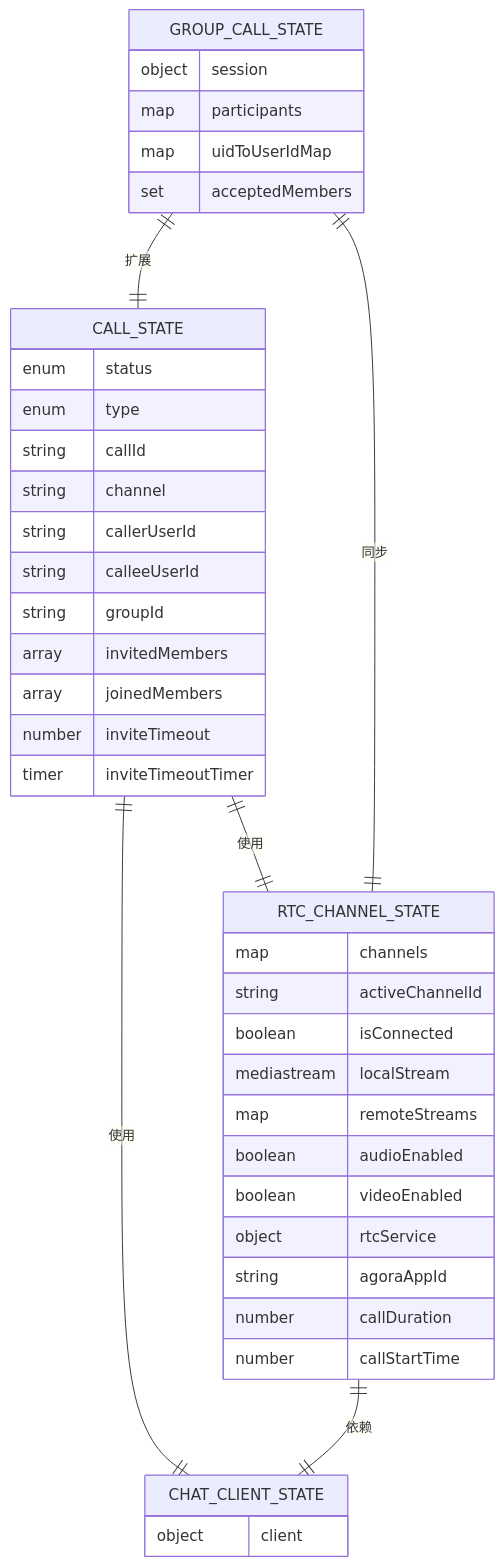
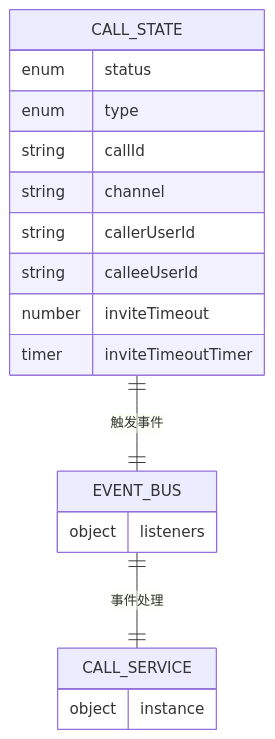
Before and after one commit to Easemob-Community/easemob-uikit-callkit-vue3: the eighth of 8 diagrams in .qoder/repowiki/zh/content/组合式 API/通话控制 API.md, drawn with Mermaid. The commit also changed other lines of this file and 40 other files, not shown here.

````diff
--- a/.qoder/repowiki/zh/content/组合式 API/通话控制 API.md
+++ b/.qoder/repowiki/zh/content/组合式 API/通话控制 API.md
@@ -715,43 +570,21 @@
 ```mermaid
 erDiagram
 CALL_STATE {
 enum status
 enum type
 string callId
 string channel
 string callerUserId
 string calleeUserId
-string groupId
-array invitedMembers
-array joinedMembers
 number inviteTimeout
 timer inviteTimeoutTimer
 }
-GROUP_CALL_STATE {
-object session
-map participants
-map uidToUserIdMap
-set acceptedMembers
+EVENT_BUS {
+object listeners
 }
-RTC_CHANNEL_STATE {
-map channels
-string activeChannelId
-boolean isConnected
-mediastream localStream
-map remoteStreams
-boolean audioEnabled
-boolean videoEnabled
-object rtcService
-string agoraAppId
-number callDuration
-number callStartTime
+CALL_SERVICE {
+object instance
 }
-CHAT_CLIENT_STATE {
-object client
-}
-CALL_STATE ||--|| RTC_CHANNEL_STATE : "使用"
-CALL_STATE ||--|| CHAT_CLIENT_STATE : "使用"
-RTC_CHANNEL_STATE ||--|| CHAT_CLIENT_STATE : "依赖"
-GROUP_CALL_STATE ||--|| CALL_STATE : "扩展"
-GROUP_CALL_STATE ||--|| RTC_CHANNEL_STATE : "同步"
+CALL_STATE ||--|| EVENT_BUS : "触发事件"
+EVENT_BUS ||--|| CALL_SERVICE : "事件处理"
 ```
````
